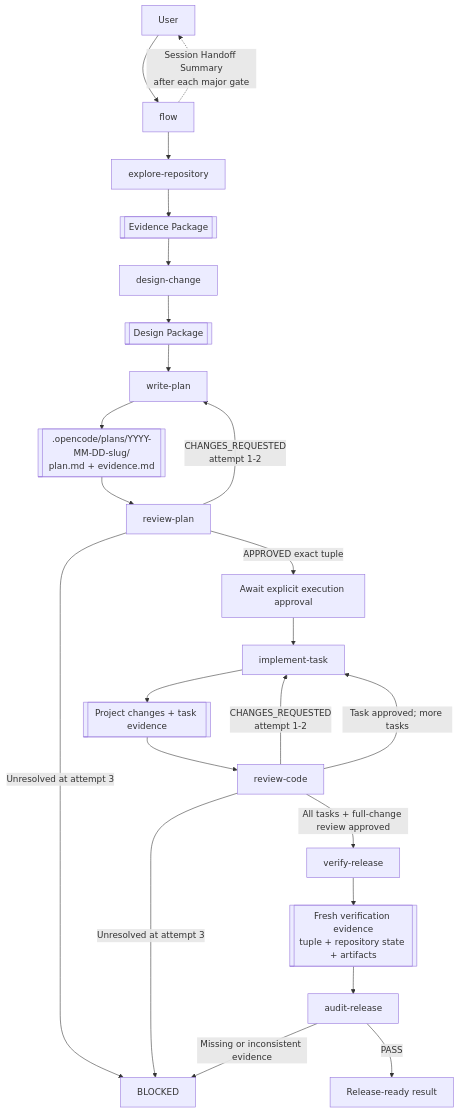
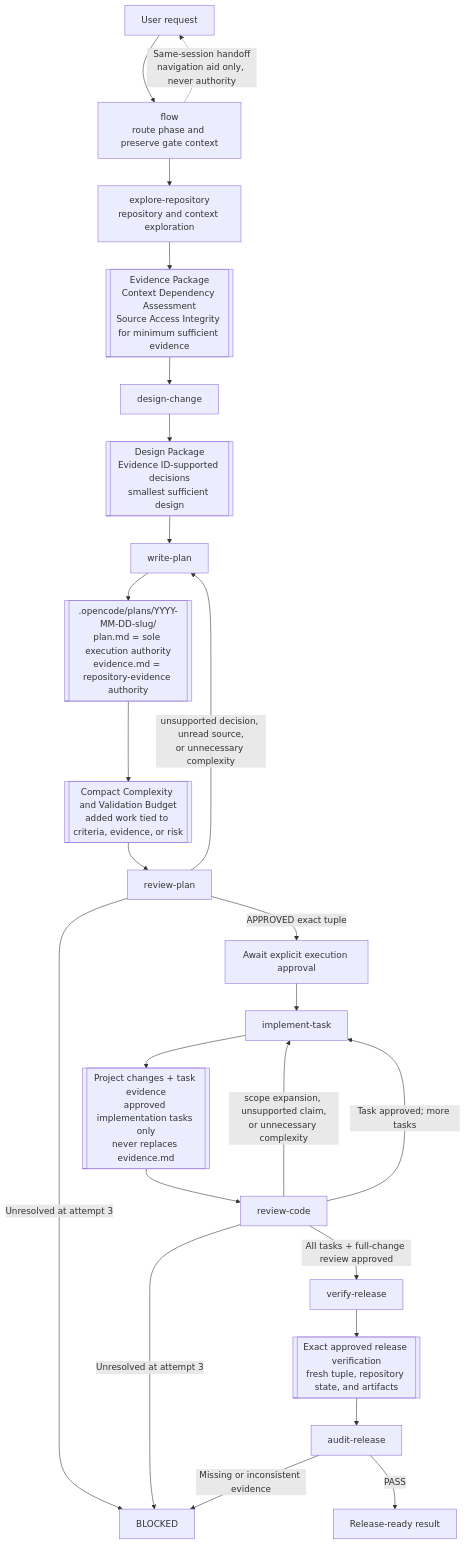
One commit to zhenyumi/simple-opencode-flow changed the diagram in README.md. Above: the diagram before and after it, drawn with Mermaid. The commit also changed other lines of this file and 7 other files, not shown here.

Commit message:
docs: enforce evidence integrity and minimum complexity

````diff
--- a/README.md
+++ b/README.md
@@ -9,27 +9,29 @@
 ```mermaid
 flowchart TD
-    U["User"] --> F["flow"]
-    F --> E["explore-repository"]
-    E --> EP[["Evidence Package"]]
+    U["User request"] --> F["flow<br/>route phase and preserve gate context"]
+    F --> E["explore-repository<br/>repository and context exploration"]
+    E --> EP[["Evidence Package<br/>Context Dependency Assessment<br/>Source Access Integrity for minimum sufficient evidence"]]
     EP --> D["design-change"]
-    D --> DP[["Design Package"]]
+    D --> DP[["Design Package<br/>Evidence ID-supported decisions<br/>smallest sufficient design"]]
     DP --> W["write-plan"]
-    W --> PA[[".opencode/plans/YYYY-MM-DD-slug/<br/>plan.md + evidence.md"]]
-    PA --> RP["review-plan"]
-    RP -- "CHANGES_REQUESTED<br/>attempt 1-2" --> W
+    W --> PA[[".opencode/plans/YYYY-MM-DD-slug/<br/>plan.md = sole execution authority<br/>evidence.md = repository-evidence authority"]]
+    PA --> CVB[["Compact Complexity and Validation Budget<br/>added work tied to criteria, evidence, or risk"]]
+
+    CVB --> RP["review-plan"]
+    RP -- "unsupported decision, unread source,<br/>or unnecessary complexity" --> W
     RP -- "Unresolved at attempt 3" --> B["BLOCKED"]
     RP -- "APPROVED exact tuple" --> A["Await explicit execution approval"]
     A --> I["implement-task"]
-    I --> C[["Project changes + task evidence"]]
-    C --> RC["review-code"]
-    RC -- "CHANGES_REQUESTED<br/>attempt 1-2" --> I
+    I --> TE[["Project changes + task evidence<br/>approved implementation tasks only<br/>never replaces evidence.md"]]
+    TE --> RC["review-code"]
+    RC -- "scope expansion, unsupported claim,<br/>or unnecessary complexity" --> I
     RC -- "Unresolved at attempt 3" --> B
     RC -- "Task approved; more tasks" --> I
     RC -- "All tasks + full-change review approved" --> V["verify-release"]
-    V --> VE[["Fresh verification evidence<br/>tuple + repository state + artifacts"]]
+    V --> VE[["Exact approved release verification<br/>fresh tuple, repository state, and artifacts"]]
     VE --> AR["audit-release"]
     AR -- "Missing or inconsistent evidence" --> B
     AR -- "PASS" --> R["Release-ready result"]
 
-    F -. "Session Handoff Summary<br/>after each major gate" .-> U
+    F -. "Same-session handoff<br/>navigation aid only, never authority" .-> U
 ```
````
